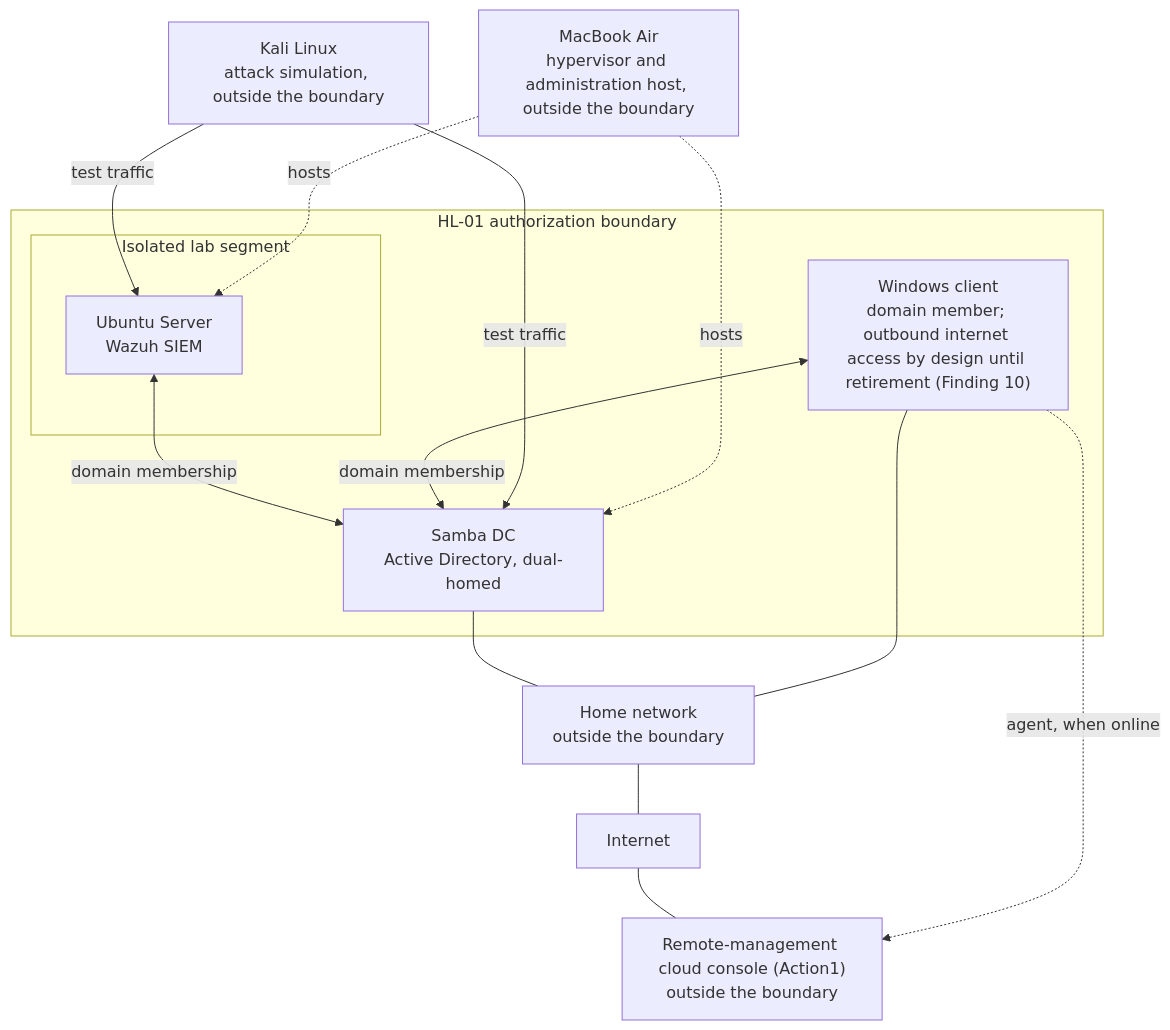
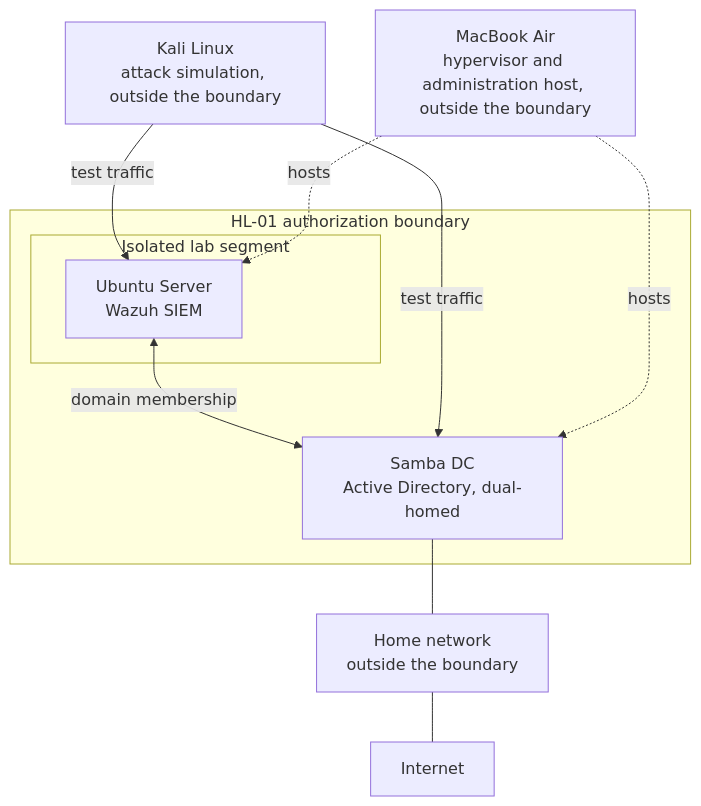
Before and after one commit to JSON-MSON/governance-risk-lab: the diagram in system-security-plan.md, drawn with Mermaid. The commit also changed other lines of this file and 4 other files, not shown here.

Commit message:
Set 2: remove retired Windows client

````diff
--- a/system-security-plan.md
+++ b/system-security-plan.md
@@ -138,26 +133,20 @@
 ```mermaid
 flowchart TB
     subgraph BOUNDARY["HL-01 authorization boundary"]
         subgraph SEG["Isolated lab segment"]
             SIEM["Ubuntu Server<br/>Wazuh SIEM"]
         end
         DC["Samba DC<br/>Active Directory, dual-homed"]
-        WIN["Windows client<br/>domain member; outbound internet access by design until retirement (Finding 10)"]
     end
     ATK["Kali Linux<br/>attack simulation, outside the boundary"]
     HOME["Home network<br/>outside the boundary"]
     HV["MacBook Air<br/>hypervisor and administration host, outside the boundary"]
     NET["Internet"]
-    RMM["Remote-management cloud console (Action1)<br/>outside the boundary"]
     SIEM <-->|"domain membership"| DC
-    WIN <-->|"domain membership"| DC
     ATK -->|"test traffic"| SIEM
     ATK -->|"test traffic"| DC
     DC --- HOME
-    WIN --- HOME
     HOME --- NET
-    NET --- RMM
-    WIN -.->|"agent, when online"| RMM
     HV -.->|"hosts"| SIEM
     HV -.->|"hosts"| DC
 ```
````
